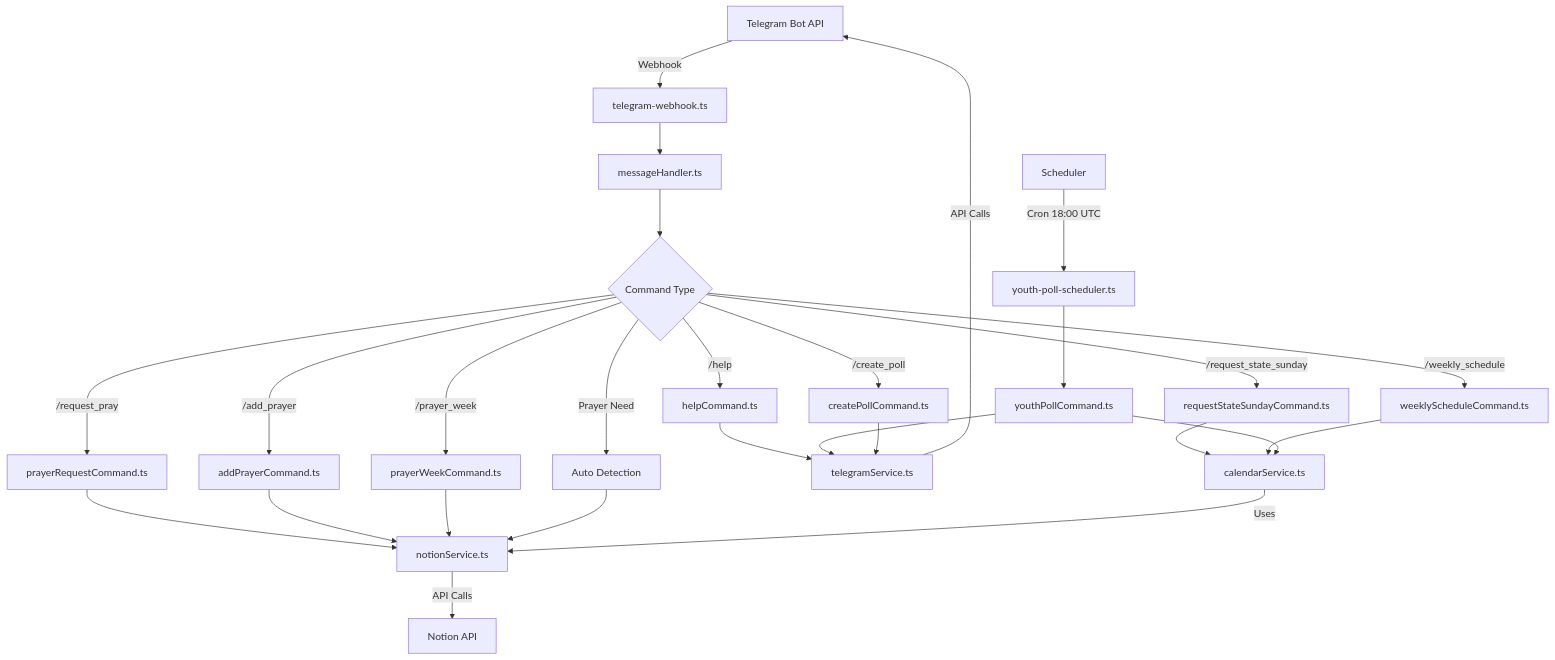
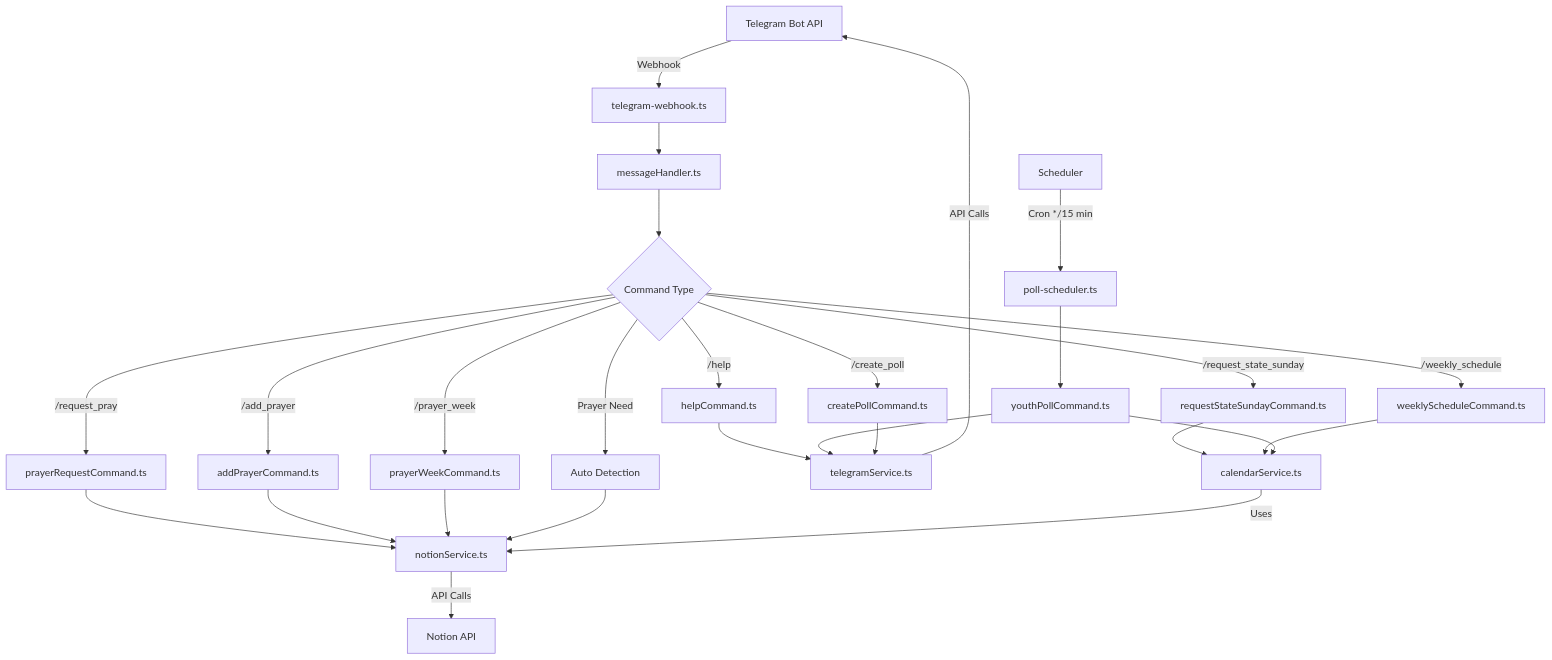
Before and after one commit to DenisArger/church-management-js: the first of 3 diagrams in docs/diagrams.md, drawn with Mermaid. The commit also changed other lines of this file and 25 other files, not shown here.

First line of the commit message:
refactor(poll-scheduler): consolidate youth poll scheduling functionality

````diff
--- a/docs/diagrams.md
+++ b/docs/diagrams.md
@@ -5,33 +5,33 @@
 ```mermaid
 flowchart TD
     A[Telegram Bot API] -->|Webhook| B[telegram-webhook.ts]
-    C[Scheduler] -->|Cron 18:00 UTC| D[youth-poll-scheduler.ts]
+    C[Scheduler] -->|Cron */15 min| D[poll-scheduler.ts]
     
     B --> E[messageHandler.ts]
     D --> F[youthPollCommand.ts]
     
     E --> G{Command Type}
     G -->|/help| H[helpCommand.ts]
     G -->|/request_pray| I[prayerRequestCommand.ts]
     G -->|/add_prayer| J[addPrayerCommand.ts]
     G -->|/request_state_sunday| L[requestStateSundayCommand.ts]
     G -->|/weekly_schedule| M[weeklyScheduleCommand.ts]
     G -->|/prayer_week| N[prayerWeekCommand.ts]
     G -->|/create_poll| O[createPollCommand.ts]
     G -->|Prayer Need| P[Auto Detection]
     
     H --> Q[telegramService.ts]
     I --> R[notionService.ts]
     J --> R
     L --> S[calendarService.ts]
     M --> S
     N --> R
     F --> S
     F --> Q
     O --> Q
     P --> R
     
     Q -->|API Calls| A
     R -->|API Calls| T[Notion API]
     S -->|Uses| R
 ```
````
